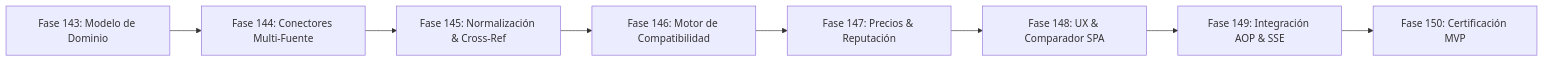
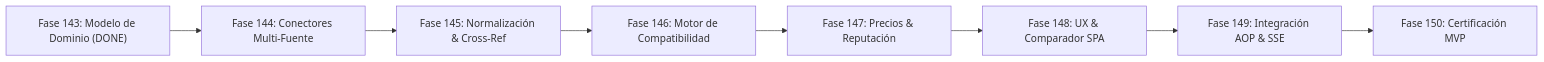
Before and after one commit to johangonzahenri/ai-operating-platform: the third of 4 diagrams in docs/MASTER_WORK_PLAN.md, drawn with Mermaid. The commit also changed other lines of this file and 25 other files, not shown here.

````diff
--- a/docs/MASTER_WORK_PLAN.md
+++ b/docs/MASTER_WORK_PLAN.md
@@ -486,10 +542,10 @@
 ```mermaid
 flowchart LR
-    F143["Fase 143: Modelo de Dominio"] --> F144["Fase 144: Conectores Multi-Fuente"]
+    F143["Fase 143: Modelo de Dominio (DONE)"] --> F144["Fase 144: Conectores Multi-Fuente"]
     F144 --> F145["Fase 145: Normalización & Cross-Ref"]
     F145 --> F146["Fase 146: Motor de Compatibilidad"]
     F146 --> F147["Fase 147: Precios & Reputación"]
     F147 --> F148["Fase 148: UX & Comparador SPA"]
     F148 --> F149["Fase 149: Integración AOP & SSE"]
     F149 --> F150["Fase 150: Certificación MVP"]
 ```
````
